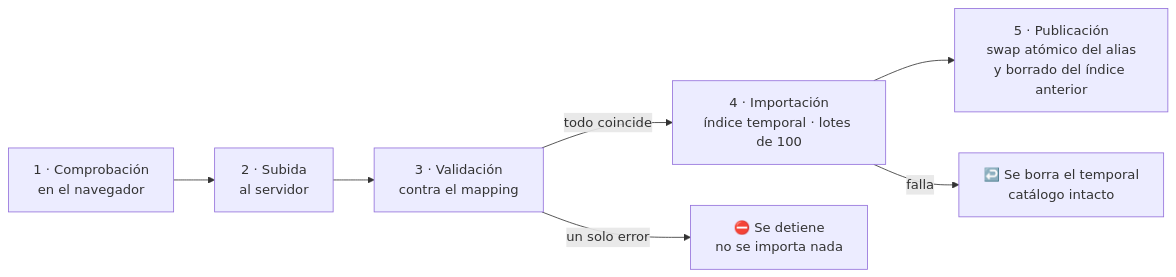
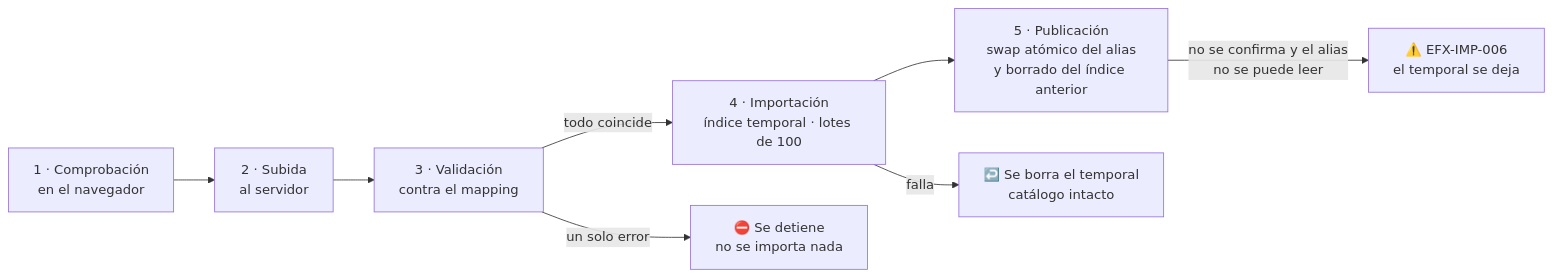
Before and after one commit to bigfito/elastiflix-reloaded: the first of 2 diagrams in README.md, drawn with Mermaid. The commit also changed other lines of this file and 13 other files, not shown here.

````diff
--- a/README.md
+++ b/README.md
@@ -144,9 +148,10 @@
 ```mermaid
 flowchart LR
   A["1 · Comprobación<br/>en el navegador"] --> B["2 · Subida<br/>al servidor"]
   B --> C["3 · Validación<br/>contra el mapping"]
   C -->|"todo coincide"| D["4 · Importación<br/>índice temporal · lotes de 100"]
   C -->|"un solo error"| X["⛔ Se detiene<br/>no se importa nada"]
   D --> E["5 · Publicación<br/>swap atómico del alias<br/>y borrado del índice anterior"]
   D -->|"falla"| Y["↩️ Se borra el temporal<br/>catálogo intacto"]
+  E -->|"no se confirma y el alias<br/>no se puede leer"| Z["⚠️ EFX-IMP-006<br/>el temporal se deja"]
 ```
````
